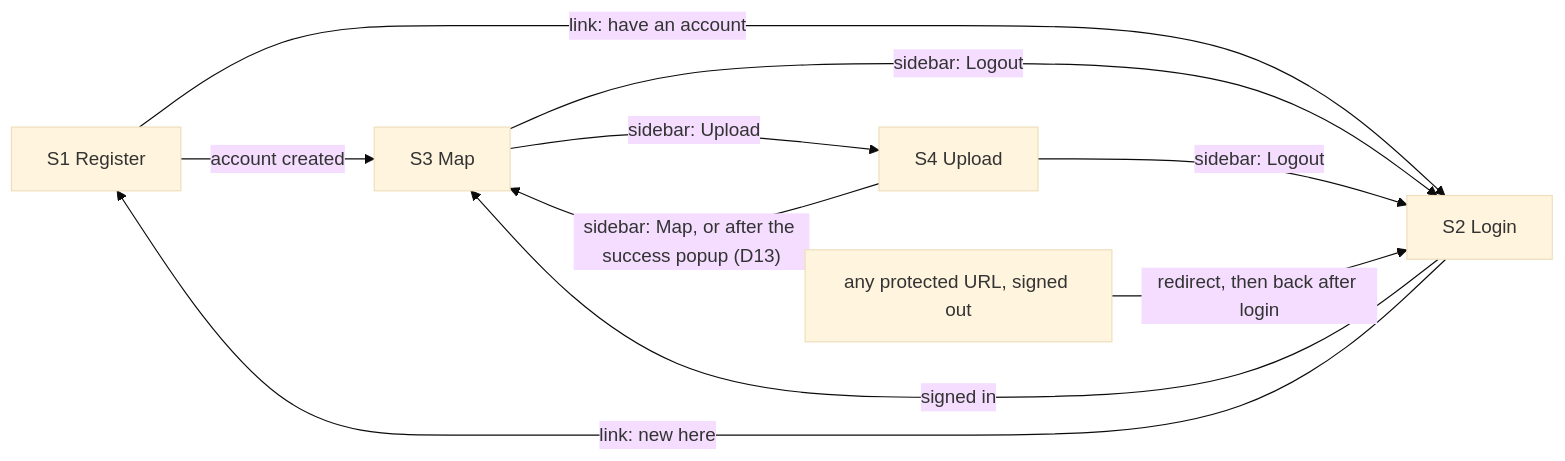
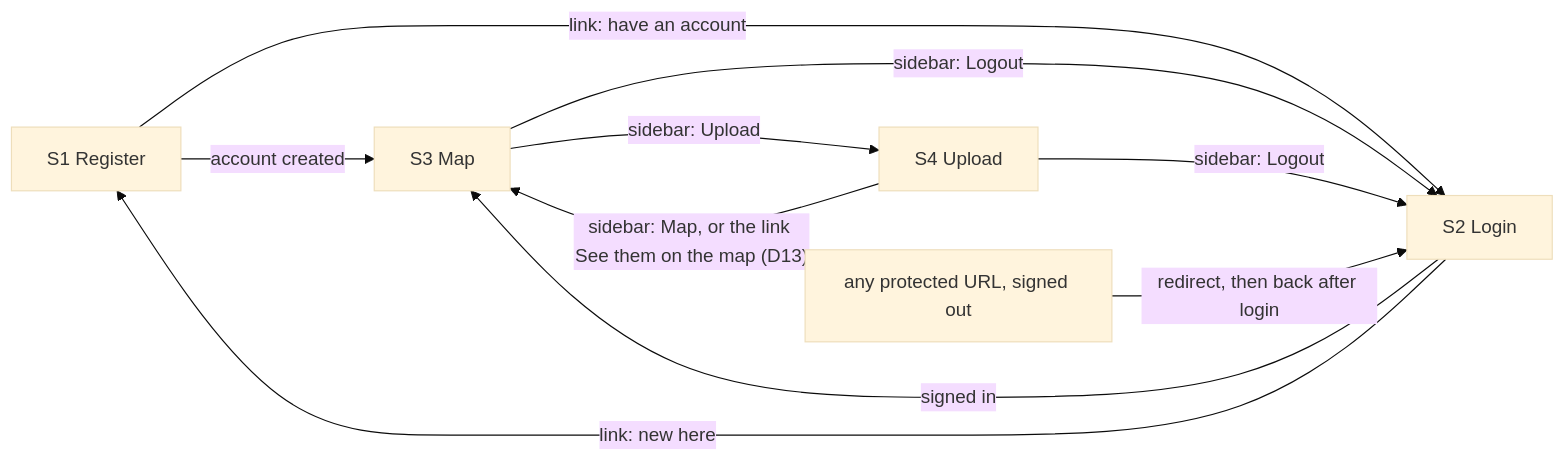
One commit to iskandarnorazli/LocationManagement changed the diagram in docs/UX_FLOWS.md. Above: the diagram before and after it, drawn with Mermaid (base theme). The commit also changed other lines of this file and 20 other files, not shown here.

````diff
--- a/docs/UX_FLOWS.md
+++ b/docs/UX_FLOWS.md
@@ -28,12 +28,12 @@
 ```mermaid
 flowchart LR
   S1[S1 Register] -- "account created" --> S3[S3 Map]
   S2[S2 Login] -- "signed in" --> S3
   S1 -- "link: have an account" --> S2
   S2 -- "link: new here" --> S1
   S3 -- "sidebar: Upload" --> S4[S4 Upload]
-  S4 -- "sidebar: Map, or after the success popup (D13)" --> S3
+  S4 -- "sidebar: Map, or the link See them on the map (D13)" --> S3
   S3 -- "sidebar: Logout" --> S2
   S4 -- "sidebar: Logout" --> S2
   X[any protected URL, signed out] -- "redirect, then back after login" --> S2
 ```
````
